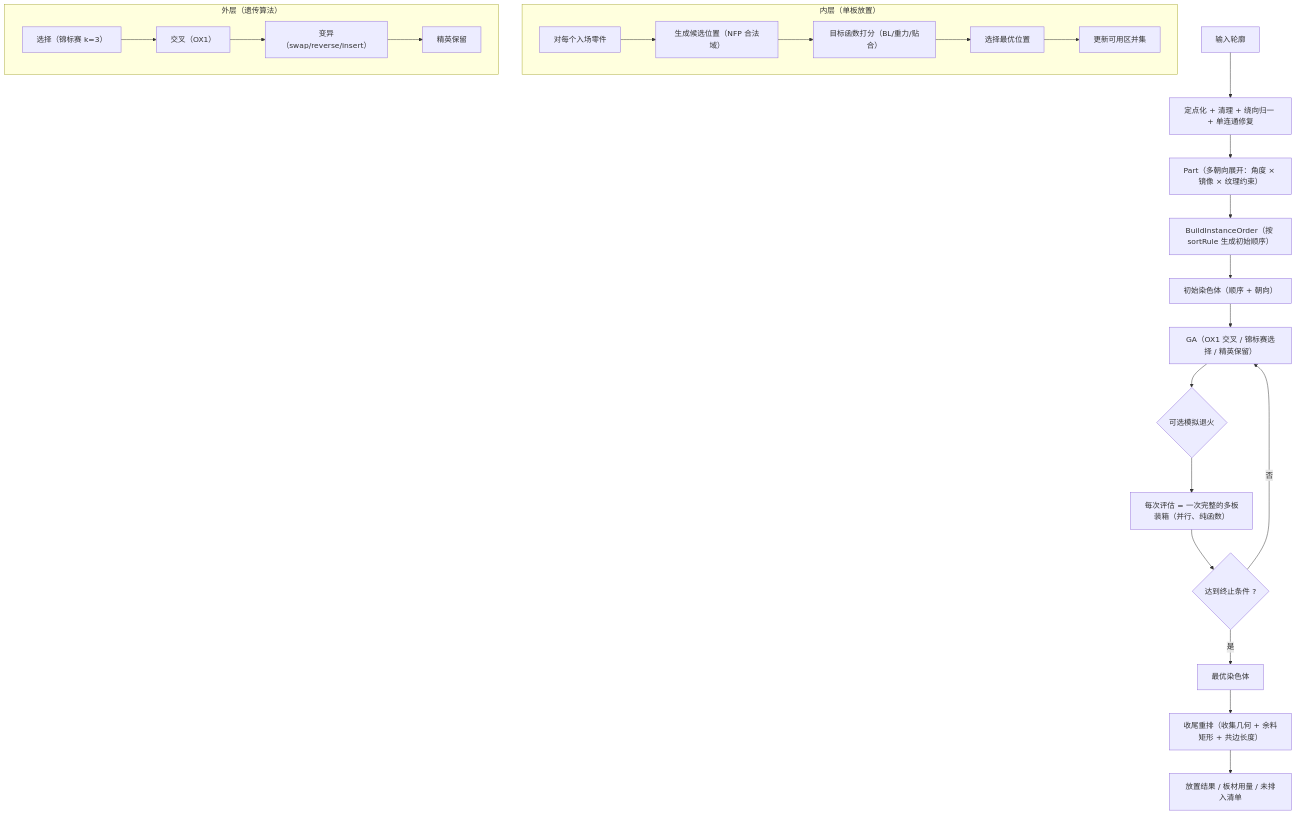
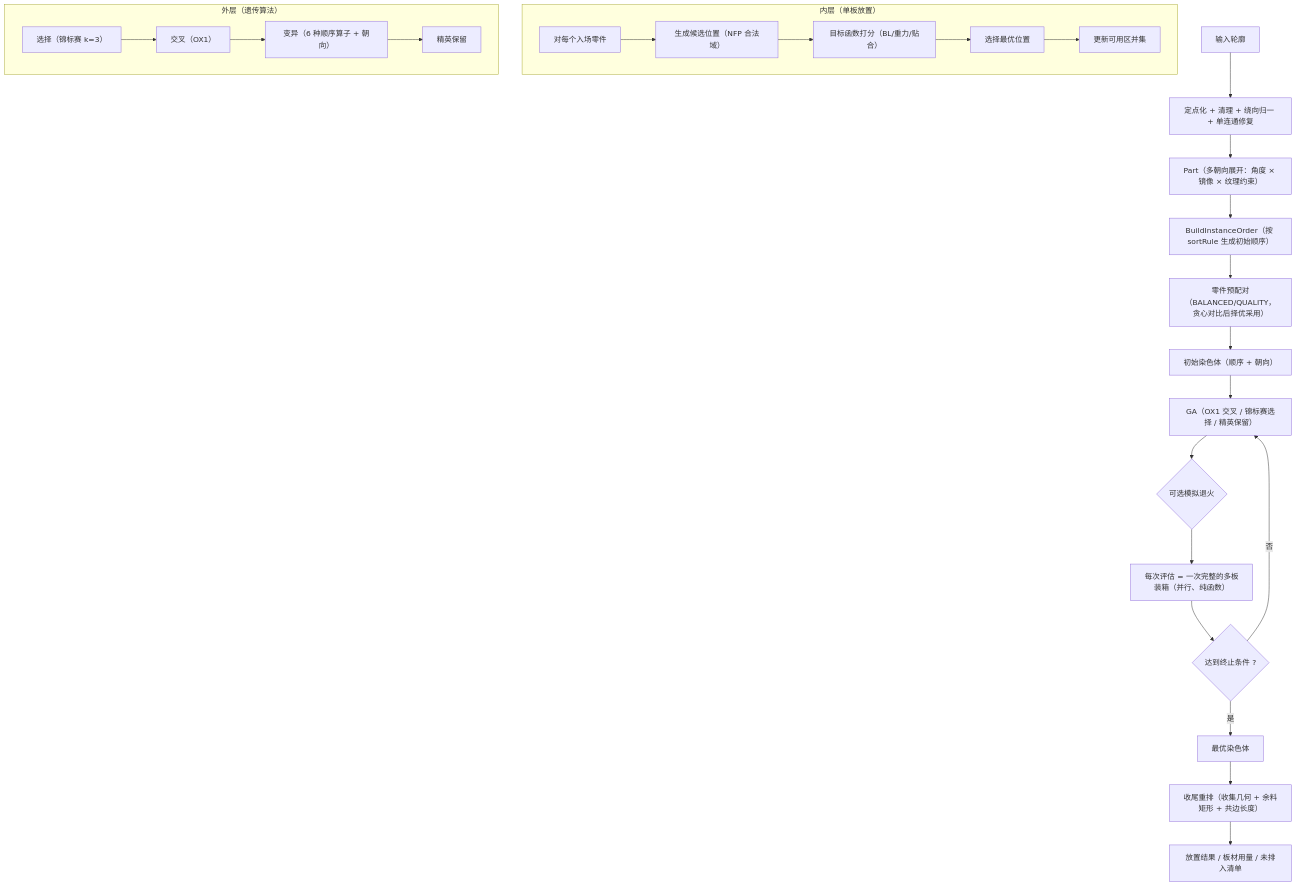
Before and after one commit to yulinxx/CAD: the first of 2 diagrams in Docs/06-算法专题/套料算法.md, drawn with Mermaid. The commit also changed other lines of this file and 73 other files, not shown here.

First line of the commit message:
refactor: ImportResult 统一承载原生 .apr 图层语义, 移除 LayerPersistenceBridge 旧方案

````diff
--- a/Docs/06-算法专题/套料算法.md
+++ b/Docs/06-算法专题/套料算法.md
@@ -26,28 +26,29 @@
 ```mermaid
 flowchart TD
     A["输入轮廓"] --> B["定点化 + 清理 + 绕向归一 + 单连通修复"]
     B --> C["Part（多朝向展开：角度 × 镜像 × 纹理约束）"]
     C --> D["BuildInstanceOrder（按 sortRule 生成初始顺序）"]
-    D --> E["初始染色体（顺序 + 朝向）"]
+    D --> D2["零件预配对（BALANCED/QUALITY，贪心对比后择优采用）"]
+    D2 --> E["初始染色体（顺序 + 朝向）"]
     E --> F["GA（OX1 交叉 / 锦标赛选择 / 精英保留）"]
     F --> G{"可选模拟退火"}
     G --> H["每次评估 = 一次完整的多板装箱（并行、纯函数）"]
     H --> I{"达到终止条件 ?"}
     I -- 否 --> F
     I -- 是 --> J["最优染色体"]
     J --> K["收尾重排（收集几何 + 余料矩形 + 共边长度）"]
     K --> L["放置结果 / 板材用量 / 未排入清单"]
 
     subgraph 内层放置 ["内层（单板放置）"]
         H1["对每个入场零件"] --> H2["生成候选位置（NFP 合法域）"]
         H2 --> H3["目标函数打分（BL/重力/贴合）"]
         H3 --> H4["选择最优位置"]
         H4 --> H5["更新可用区并集"]
     end
 
     subgraph 外层搜索 ["外层（遗传算法）"]
         F1["选择（锦标赛 k=3）"] --> F2["交叉（OX1）"]
-        F2 --> F3["变异（swap/reverse/insert）"]
+        F2 --> F3["变异（6 种顺序算子 + 朝向）"]
         F3 --> F4["精英保留"]
     end
 ```
````
